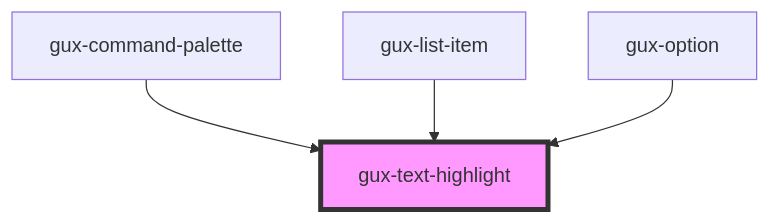
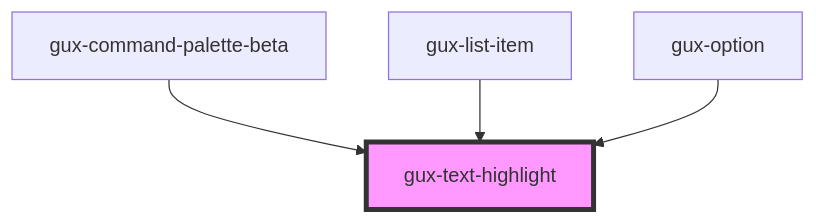
One commit to MyPureCloud/genesys-spark changed the diagram in src/components/stable/gux-text-highlight/readme.md. Above: the diagram before and after it, drawn with Mermaid. The commit also changed other lines of this file and 93 other files, not shown here.

````diff
--- a/src/components/stable/gux-text-highlight/readme.md
+++ b/src/components/stable/gux-text-highlight/readme.md
@@ -26,7 +26,7 @@
 ```mermaid
 graph TD;
-  gux-command-palette --> gux-text-highlight
+  gux-command-palette-beta --> gux-text-highlight
   gux-list-item --> gux-text-highlight
   gux-option --> gux-text-highlight
   style gux-text-highlight fill:#f9f,stroke:#333,stroke-width:4px
 ```
````
